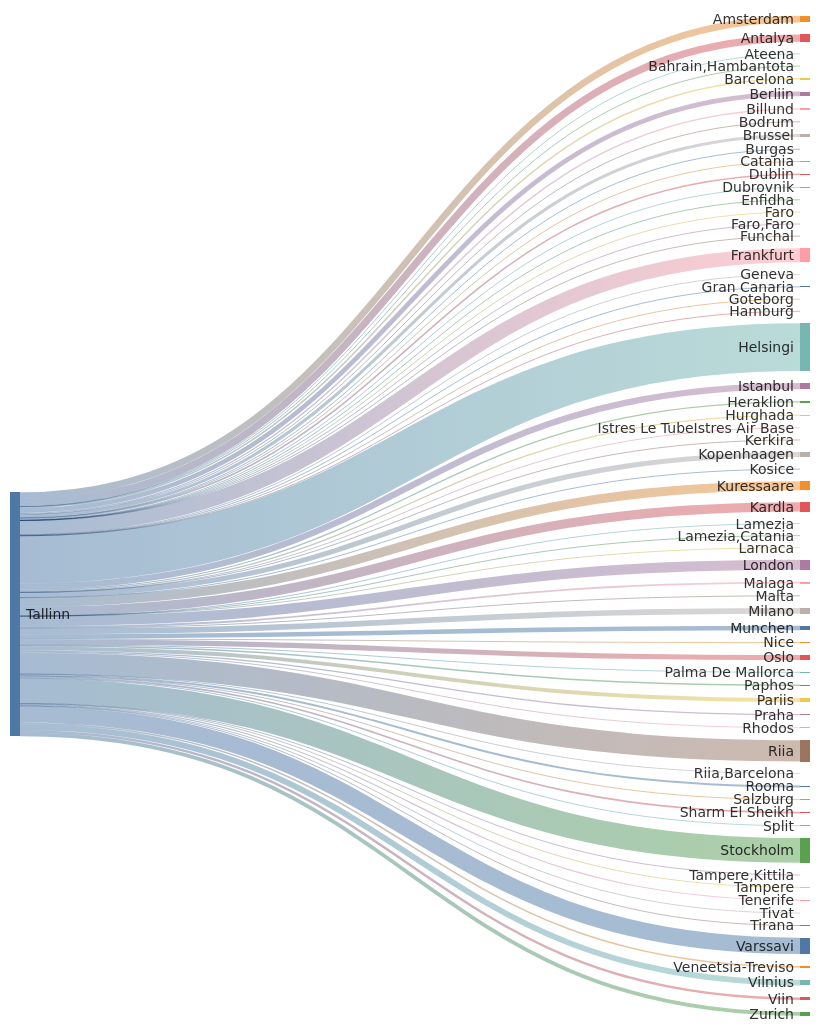
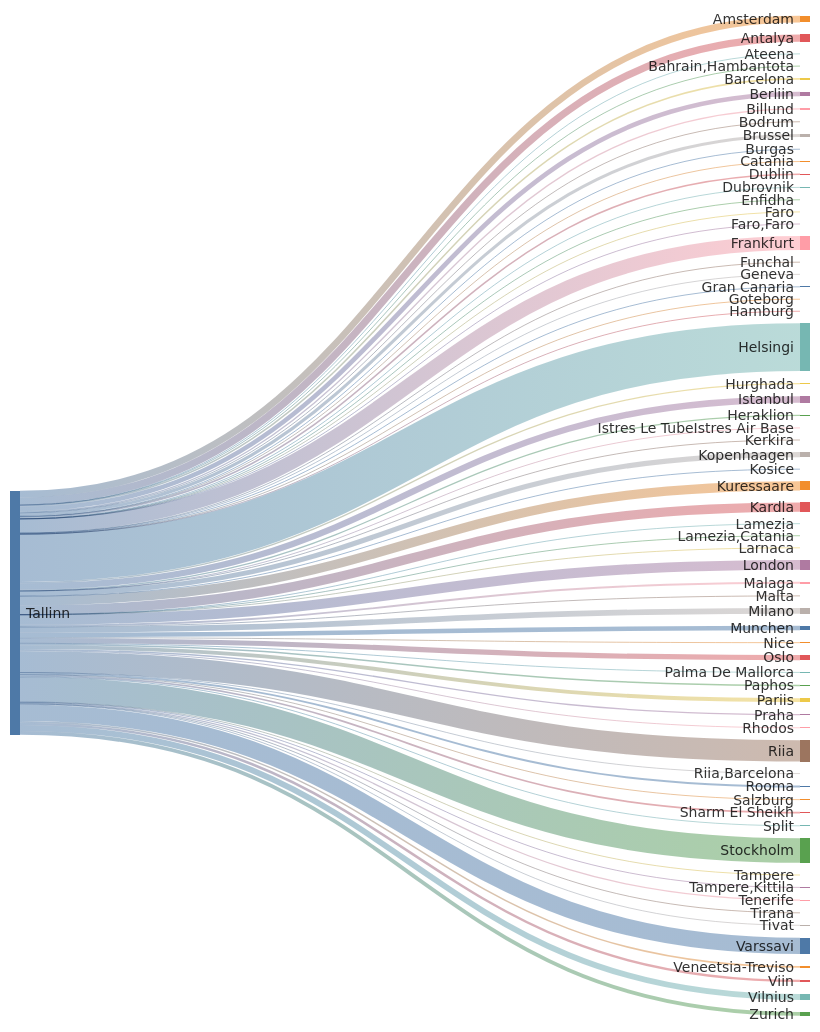
One commit to rainermesi/tll-airport-departures changed the second of 2 diagrams in README.md. Above: the diagram before and after it, drawn with Mermaid. The commit also changed other lines of this file, not shown here.

````diff
--- a/README.md
+++ b/README.md
@@ -34,77 +34,77 @@
 ```mermaid
 ---
 config:
   sankey:
     showValues: false
     width: 800
     height: 1000
 ---
 sankey-beta
 %% source,target,value
-Tallinn,Amsterdam,245
-Tallinn,Antalya,267
+Tallinn,Amsterdam,246
+Tallinn,Antalya,268
 Tallinn,Ateena,16
 Tallinn,"Bahrain,Hambantota",1
-Tallinn,Barcelona,56
-Tallinn,Berliin,172
+Tallinn,Barcelona,57
+Tallinn,Berliin,173
 Tallinn,Billund,49
 Tallinn,Bodrum,11
 Tallinn,Brussel,112
 Tallinn,Burgas,21
 Tallinn,Catania,2
 Tallinn,Dublin,58
 Tallinn,Dubrovnik,21
 Tallinn,Enfidha,7
 Tallinn,Faro,4
 Tallinn,"Faro,Faro",1
-Tallinn,Frankfurt,521
+Tallinn,Frankfurt,523
 Tallinn,Funchal,5
 Tallinn,Geneva,8
 Tallinn,Gran Canaria,28
 Tallinn,Goteborg,1
 Tallinn,Hamburg,1
-Tallinn,Helsingi,1764
+Tallinn,Helsingi,1773
 Tallinn,Heraklion,46
-Tallinn,Hurghada,46
-Tallinn,Istanbul,234
+Tallinn,Hurghada,48
+Tallinn,Istanbul,235
 Tallinn,Istres Le TubeIstres Air Base,2
 Tallinn,Kerkira,4
 Tallinn,Kopenhaagen,189
 Tallinn,Kosice,1
-Tallinn,Kuressaare,341
-Tallinn,Kardla,341
+Tallinn,Kuressaare,343
+Tallinn,Kardla,343
 Tallinn,Lamezia,1
 Tallinn,"Lamezia,Catania",3
 Tallinn,Larnaca,4
-Tallinn,London,367
+Tallinn,London,369
 Tallinn,Malaga,69
 Tallinn,Malta,15
-Tallinn,Milano,210
-Tallinn,Munchen,168
+Tallinn,Milano,211
+Tallinn,Munchen,169
 Tallinn,Nice,25
 Tallinn,Oslo,191
 Tallinn,Palma De Mallorca,19
 Tallinn,Paphos,56
 Tallinn,Pariis,143
 Tallinn,Praha,49
 Tallinn,Rhodos,32
-Tallinn,Riia,790
+Tallinn,Riia,793
 Tallinn,"Riia,Barcelona",1
 Tallinn,Rooma,70
 Tallinn,Salzburg,9
-Tallinn,Sharm El Sheikh,63
+Tallinn,Sharm El Sheikh,64
 Tallinn,Split,25
-Tallinn,Stockholm,913
+Tallinn,Stockholm,915
 Tallinn,Tampere,17
-Tallinn,"Tampere,Kittila",11
+Tallinn,"Tampere,Kittila",12
 Tallinn,Tenerife,43
 Tallinn,Tirana,8
 Tallinn,Tivat,26
-Tallinn,Varssavi,608
+Tallinn,Varssavi,611
 Tallinn,Veneetsia-Treviso,57
 Tallinn,Viin,91
-Tallinn,Vilnius,214
+Tallinn,Vilnius,216
 Tallinn,Zurich,143
 
 
 ```
````
